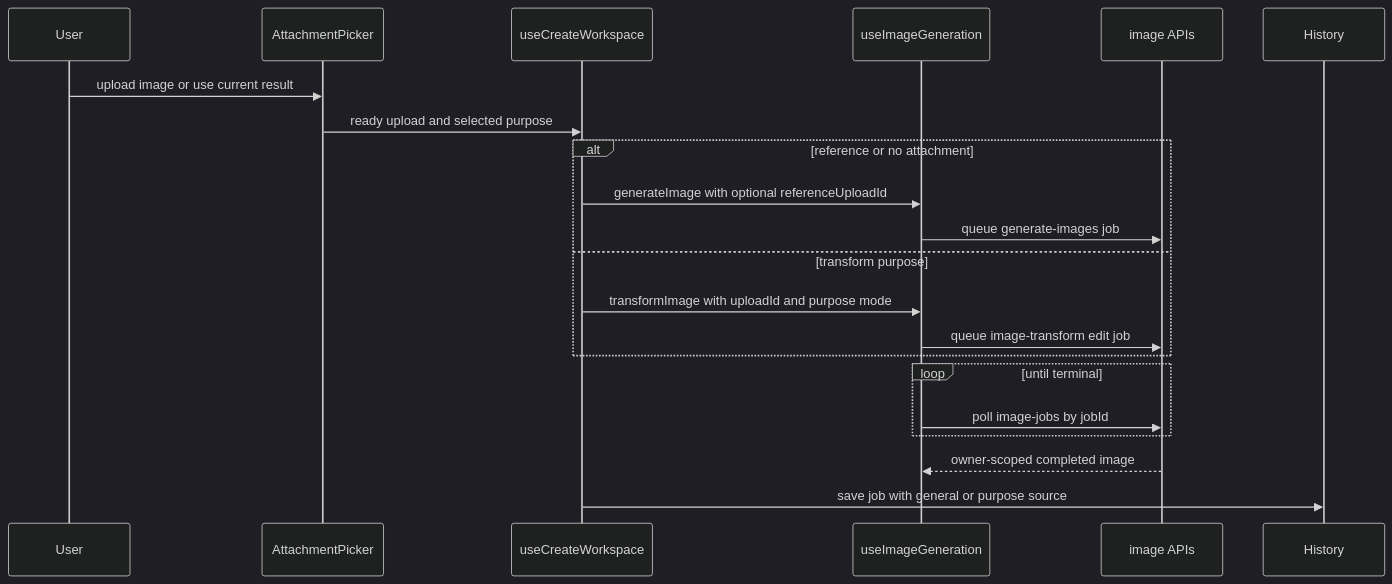
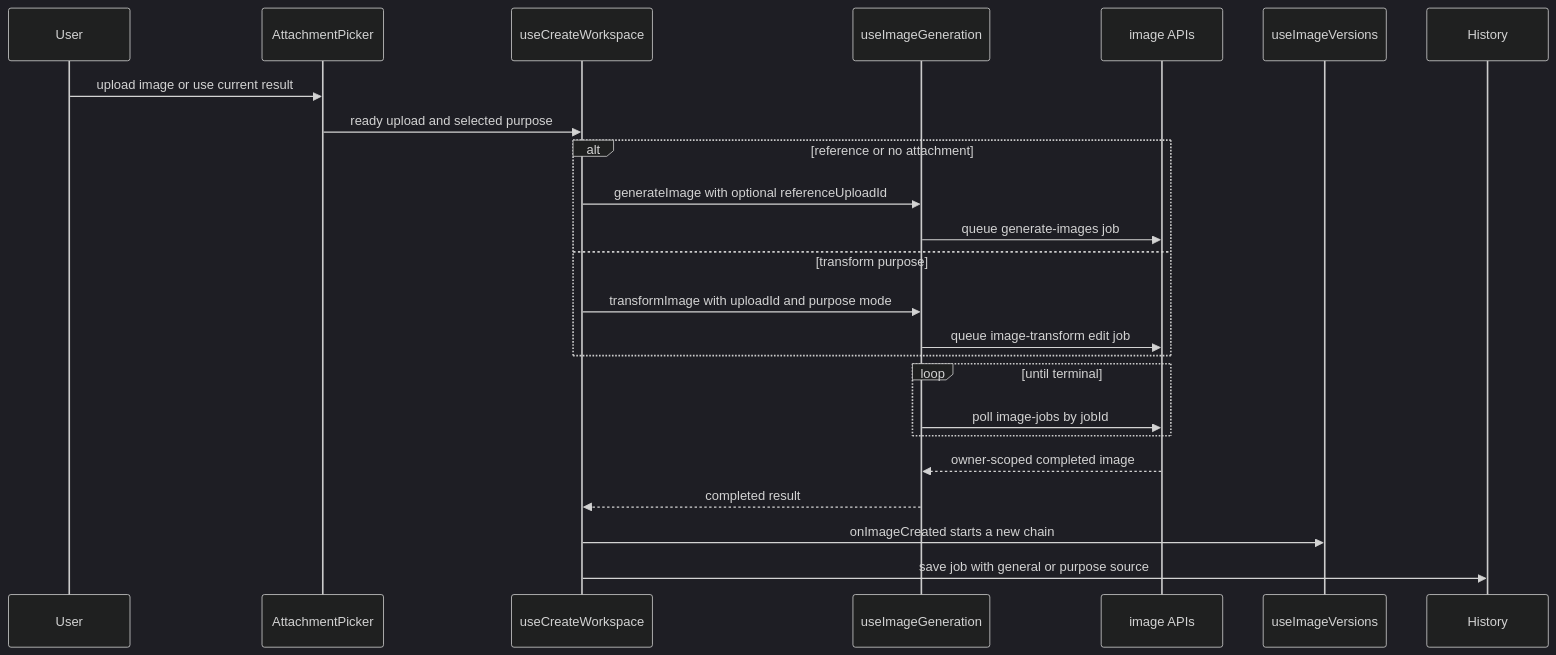
Before and after one commit to tony30552001/Genpic-master: the first of 5 diagrams in openwiki/frontend/create-workflows.md, drawn with Mermaid (dark theme). The commit also changed other lines of this file and 17 other files, not shown here.

First line of the commit message:
Add refine-this-image with an in-memory version chain

````diff
--- a/openwiki/frontend/create-workflows.md
+++ b/openwiki/frontend/create-workflows.md
@@ -46,23 +46,26 @@
 ```mermaid
 sequenceDiagram
   participant User
   participant Picker as AttachmentPicker
   participant Workspace as useCreateWorkspace
   participant Jobs as useImageGeneration
   participant Api as image APIs
+  participant Versions as useImageVersions
   participant History
   User->>Picker: upload image or use current result
   Picker->>Workspace: ready upload and selected purpose
   alt reference or no attachment
     Workspace->>Jobs: generateImage with optional referenceUploadId
     Jobs->>Api: queue generate-images job
   else transform purpose
     Workspace->>Jobs: transformImage with uploadId and purpose mode
     Jobs->>Api: queue image-transform edit job
   end
   loop until terminal
     Jobs->>Api: poll image-jobs by jobId
   end
   Api-->>Jobs: owner-scoped completed image
+  Jobs-->>Workspace: completed result
+  Workspace->>Versions: onImageCreated starts a new chain
   Workspace->>History: save job with general or purpose source
 ```
````
